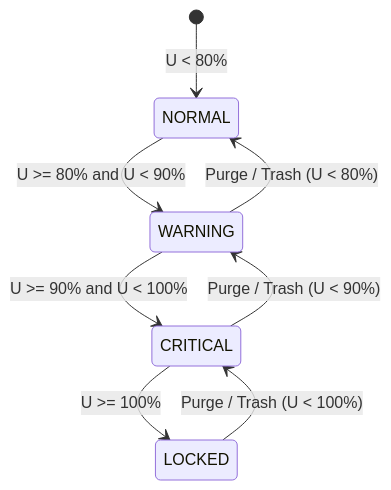
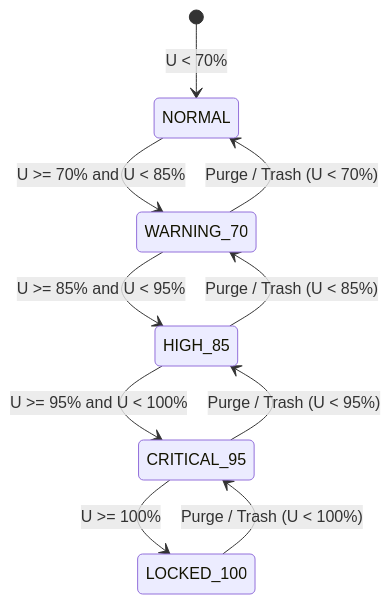
Before and after one commit to Webfamily-06/masterhrms: the second of 2 diagrams in docs/Saas/file-manager/phase-f4/PHASE_F4C_IMPLEMENTATION_REPORT.md, drawn with Mermaid. The commit also changed other lines of this file and 71 other files, not shown here.

````diff
--- a/docs/Saas/file-manager/phase-f4/PHASE_F4C_IMPLEMENTATION_REPORT.md
+++ b/docs/Saas/file-manager/phase-f4/PHASE_F4C_IMPLEMENTATION_REPORT.md
@@ -57,10 +57,12 @@
 ```mermaid
 stateDiagram-v2
-    [*] --> NORMAL: U < 80%
-    NORMAL --> WARNING: U >= 80% and U < 90%
-    WARNING --> CRITICAL: U >= 90% and U < 100%
-    CRITICAL --> LOCKED: U >= 100%
-    LOCKED --> CRITICAL: Purge / Trash (U < 100%)
-    CRITICAL --> WARNING: Purge / Trash (U < 90%)
-    WARNING --> NORMAL: Purge / Trash (U < 80%)
+    [*] --> NORMAL: U < 70%
+    NORMAL --> WARNING_70: U >= 70% and U < 85%
+    WARNING_70 --> HIGH_85: U >= 85% and U < 95%
+    HIGH_85 --> CRITICAL_95: U >= 95% and U < 100%
+    CRITICAL_95 --> LOCKED_100: U >= 100%
+    LOCKED_100 --> CRITICAL_95: Purge / Trash (U < 100%)
+    CRITICAL_95 --> HIGH_85: Purge / Trash (U < 95%)
+    HIGH_85 --> WARNING_70: Purge / Trash (U < 85%)
+    WARNING_70 --> NORMAL: Purge / Trash (U < 70%)
 ```
````
